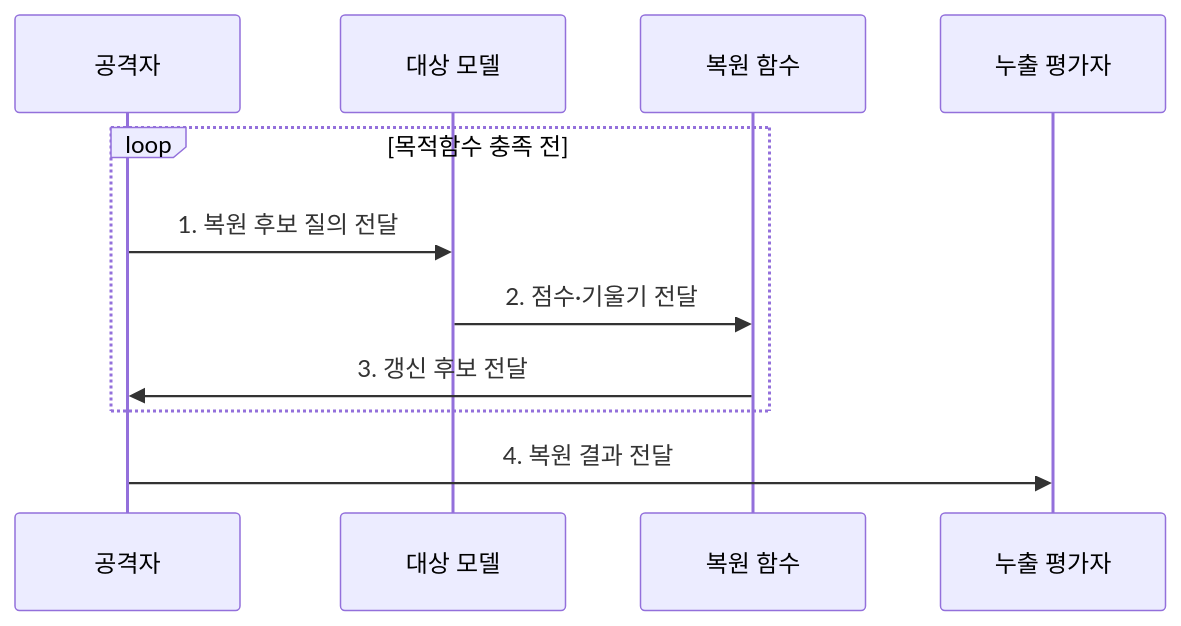
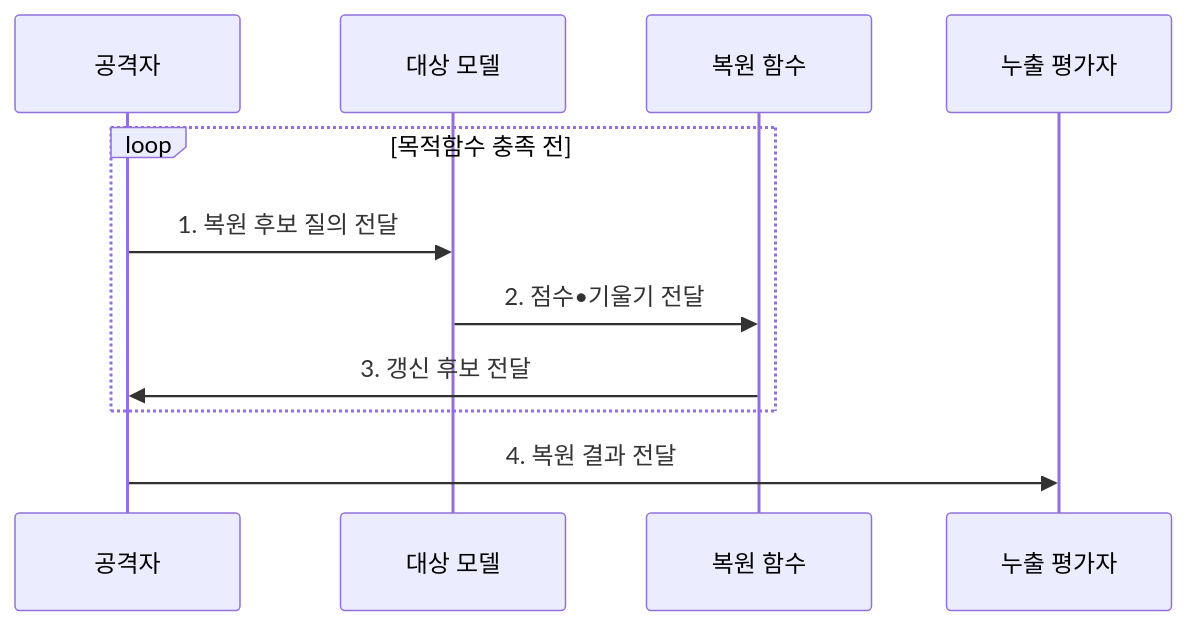
One commit to agnusdei1207/knowledge-base changed the second of 2 diagrams in src/content/docs/notes/08-latest-tech/120_model_inversion.md. Above: the diagram before and after it, drawn with Mermaid. The commit also changed other lines of this file and 953 other files, not shown here.

````diff
--- a/src/content/docs/notes/08-latest-tech/120_model_inversion.md
+++ b/src/content/docs/notes/08-latest-tech/120_model_inversion.md
@@ -102,13 +102,13 @@
 ```mermaid
 sequenceDiagram
     participant A as 공격자
     participant M as 대상 모델
     participant F as 복원 함수
     participant E as 누출 평가자
     loop 목적함수 충족 전
         A->>M: 1. 복원 후보 질의 전달
-        M->>F: 2. 점수·기울기 전달
+        M->>F: 2. 점수•기울기 전달
         F->>A: 3. 갱신 후보 전달
     end
     A->>E: 4. 복원 결과 전달
 ```
````
